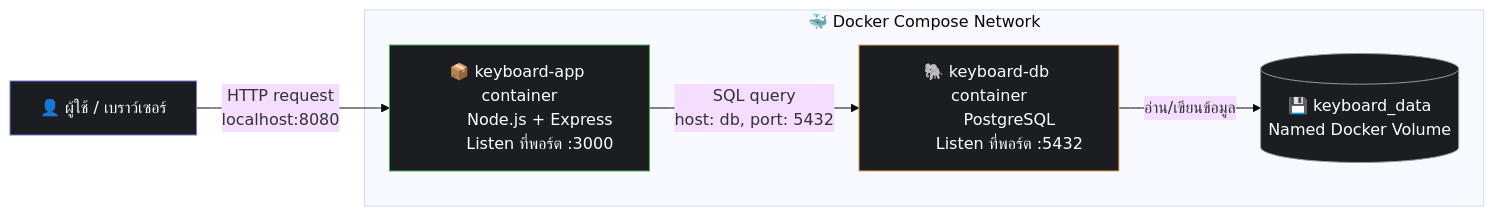
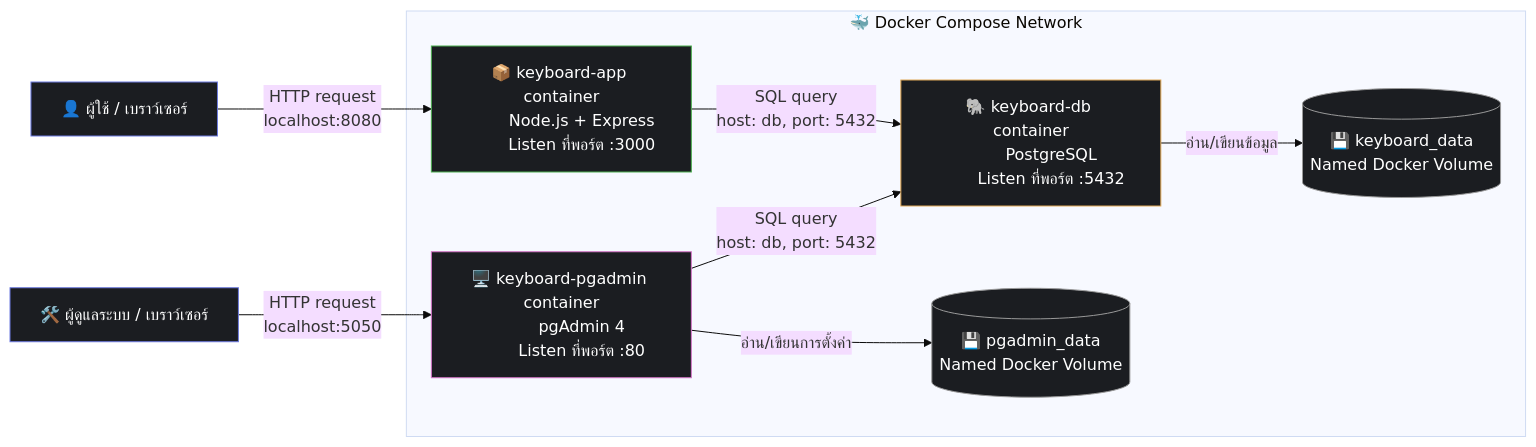
One commit to Panuwat311/Keyboardcemetery changed the diagram in system-diagram.md. Above: the diagram before and after it, drawn with Mermaid (base theme). The commit also changed other lines of this file and 2 other files, not shown here.

Commit message:
Add pgAdmin as a third container for database management
Adds keyboard-pgadmin service (pgAdmin 4) connecting to the same
db container as the app, with its own named volume for persisted
settings. Updates README, system diagram, and demo checklist
accordingly.

````diff
--- a/system-diagram.md
+++ b/system-diagram.md
@@ -6,27 +6,42 @@
 ```mermaid
 flowchart LR
 
     User["👤 ผู้ใช้ / เบราว์เซอร์"]
+    Admin["🛠️ ผู้ดูแลระบบ / เบราว์เซอร์"]
 
     subgraph Docker["🐳 Docker Compose Network"]
         App["📦 keyboard-app container
         Node.js + Express
         Listen ที่พอร์ต :3000"]
 
         DB["🐘 keyboard-db container
         PostgreSQL
         Listen ที่พอร์ต :5432"]
 
+        PgAdmin["🖥️ keyboard-pgadmin container
+        pgAdmin 4
+        Listen ที่พอร์ต :80"]
+
         Volume[("💾 keyboard_data
+        Named Docker Volume")]
+
+        PgAdminVolume[("💾 pgadmin_data
         Named Docker Volume")]
     end
 
     User -->|"HTTP request\nlocalhost:8080"| App
     App -->|"SQL query\nhost: db, port: 5432"| DB
     DB -->|"อ่าน/เขียนข้อมูล"| Volume
 
+    Admin -->|"HTTP request\nlocalhost:5050"| PgAdmin
+    PgAdmin -->|"SQL query\nhost: db, port: 5432"| DB
+    PgAdmin -->|"อ่าน/เขียนการตั้งค่า"| PgAdminVolume
+
     style User fill:#1b1d21,stroke:#6c7ae0,color:#fff
+    style Admin fill:#1b1d21,stroke:#6c7ae0,color:#fff
     style App fill:#1b1d21,stroke:#4caf50,color:#fff
     style DB fill:#1b1d21,stroke:#e0a856,color:#fff
+    style PgAdmin fill:#1b1d21,stroke:#d675c9,color:#fff
     style Volume fill:#1b1d21,stroke:#9a9a9a,color:#fff
+    style PgAdminVolume fill:#1b1d21,stroke:#9a9a9a,color:#fff
 ```
````
